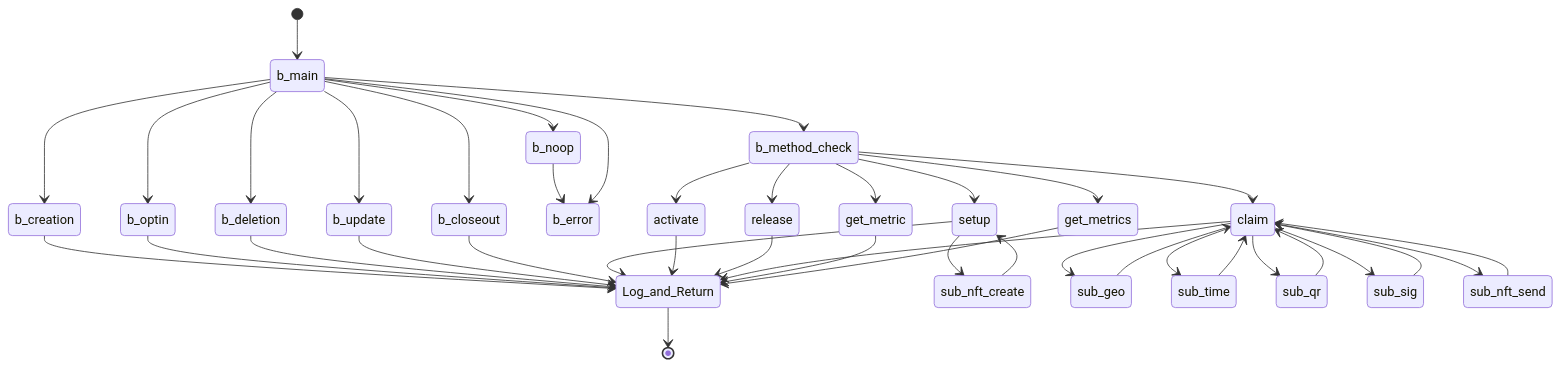
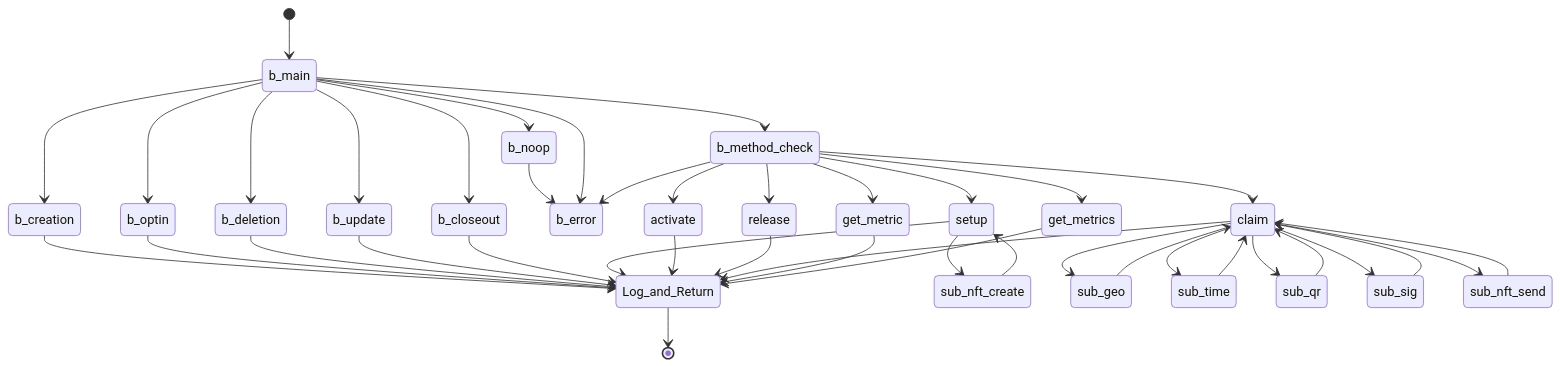
Before and after one commit to GoPlausible/.github: the ninth of 10 diagrams in profile/README.md, drawn with Mermaid. The commit also changed other lines of this file, not shown here.

````diff
--- a/profile/README.md
+++ b/profile/README.md
@@ -438,58 +438,58 @@
 ```mermaid
   stateDiagram-v2
     [*] --> b_main
     b_main --> b_method_check
     b_main --> b_creation
     b_creation --> Log_and_Return
     b_main --> b_optin
     b_optin --> Log_and_Return
     b_main --> b_deletion
     b_deletion --> Log_and_Return
     b_main --> b_update
     b_update --> Log_and_Return
     b_main --> b_closeout
     b_closeout --> Log_and_Return
 
  
     b_main --> b_noop
     
     b_noop --> b_error
     b_main --> b_error
   
 
     b_method_check --> setup
     setup --> sub_nft_create
     sub_nft_create --> setup
     setup --> Log_and_Return
 
     b_method_check --> activate
     activate --> Log_and_Return
 
     b_method_check --> release
     release --> Log_and_Return
 
     b_method_check --> claim
     claim --> sub_geo
     sub_geo --> claim
     claim --> sub_time
     sub_time --> claim
     claim --> sub_qr
     sub_qr --> claim
     claim --> sub_sig
     sub_sig --> claim
     claim --> sub_nft_send
     sub_nft_send --> claim
     claim --> Log_and_Return
 
   
     b_method_check --> get_metric
     get_metric --> Log_and_Return
     
   
     b_method_check --> get_metrics
     get_metrics --> Log_and_Return
-  
+    b_method_check --> b_error
     
     Log_and_Return --> [*]
     
 ```
````
